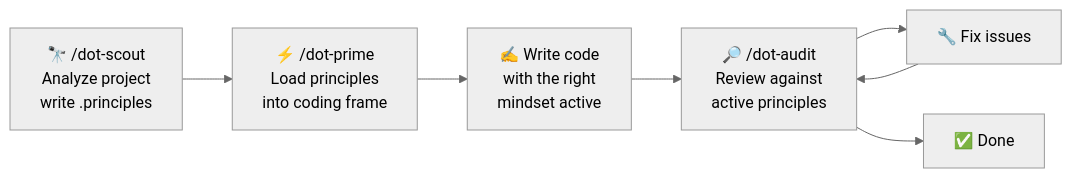
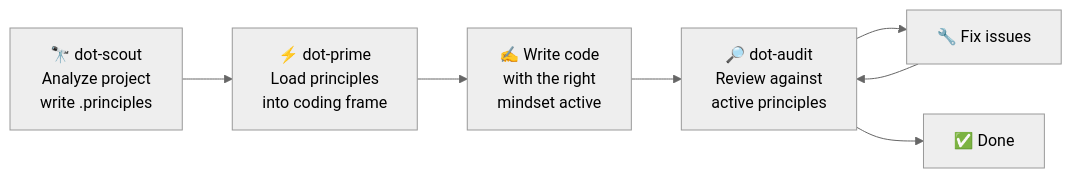
Before and after one commit to dot-principles/dot-principles: the second of 2 diagrams in README.md, drawn with Mermaid (neutral theme). The commit also changed other lines of this file and 43 other files, not shown here.

````diff
--- a/README.md
+++ b/README.md
@@ -143,11 +143,11 @@
 ```mermaid
 flowchart LR
-    S["🔭 /dot-scout<br>Analyze project<br>write .principles"]
-    P["⚡ /dot-prime<br>Load principles<br>into coding frame"]
+    S["🔭 dot-scout<br>Analyze project<br>write .principles"]
+    P["⚡ dot-prime<br>Load principles<br>into coding frame"]
     C["✍️ Write code<br>with the right<br>mindset active"]
-    A["🔎 /dot-audit<br>Review against<br>active principles"]
+    A["🔎 dot-audit<br>Review against<br>active principles"]
     F["🔧 Fix issues"]
     D["✅ Done"]
 
     S --> P --> C --> A --> F --> A --> D
 ```
````
